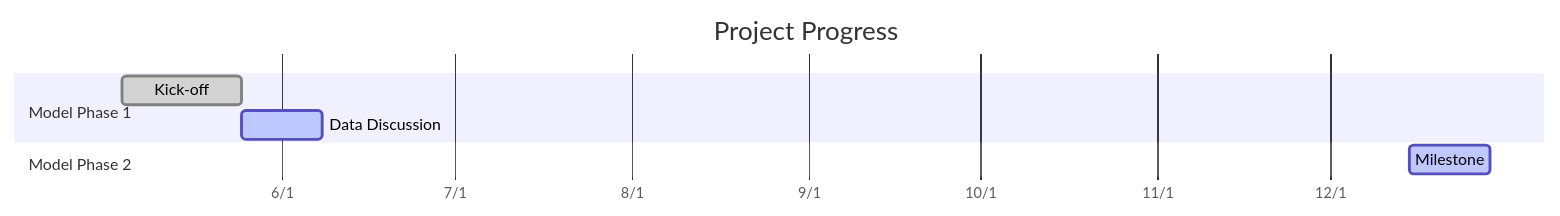
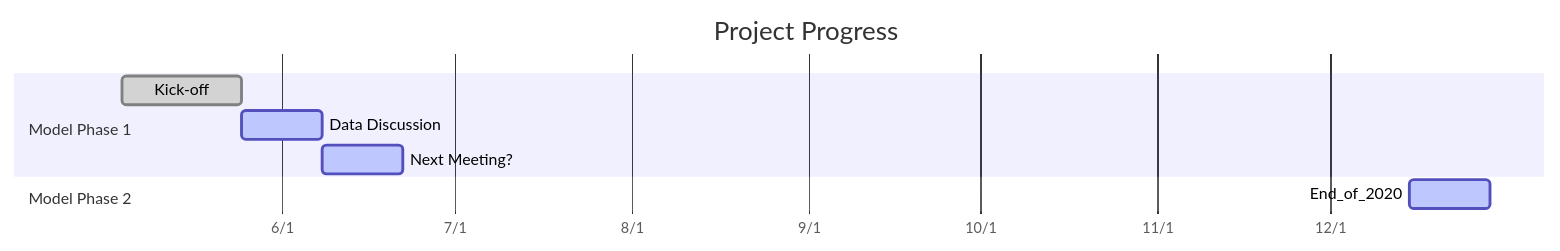
The diagram in README.md (udothemath/my_hackmd), drawn with Mermaid before and after one commit. The commit also changed other lines of this file, not shown here.

Commit message:
0525_data_discussion

````diff
--- a/README.md
+++ b/README.md
@@ -7,12 +12,13 @@
 ```mermaid
 gantt
 dateFormat  YYYY-MM-DD
 axisFormat %-m/%-d
 title Project Progress
 
 section Model Phase 1
 Kick-off:done, des1, 2020-05-04, 3w
-Data Discussion:active,  des2, 2020-05-25, 2w
+Data Discussion:active, des2, 2020-05-25, 2w
+Next Meeting?:active, des2, 2020-06-08, 2w
 section Model Phase 2
-Milestone:active,  des2, 2020-12-15, 2w
+End_of_2020:active,  des2, 2020-12-15, 2w
 ```
````
